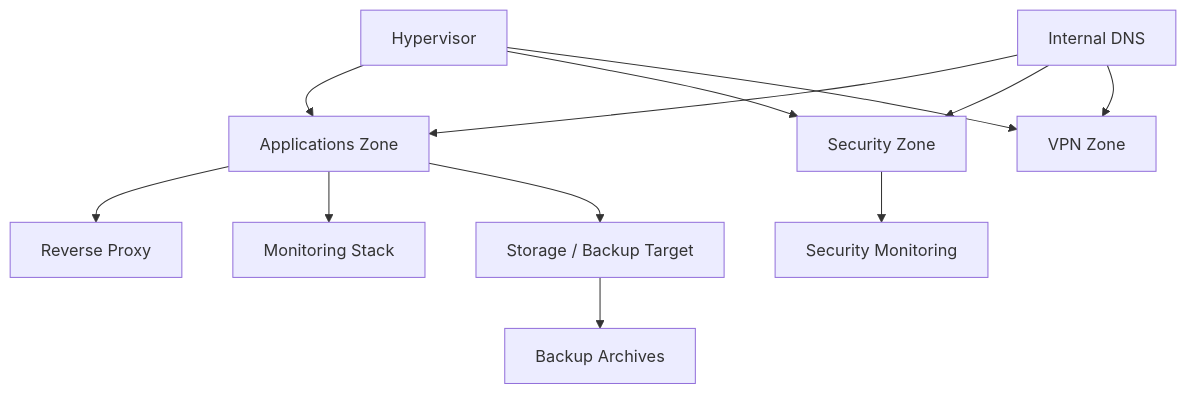
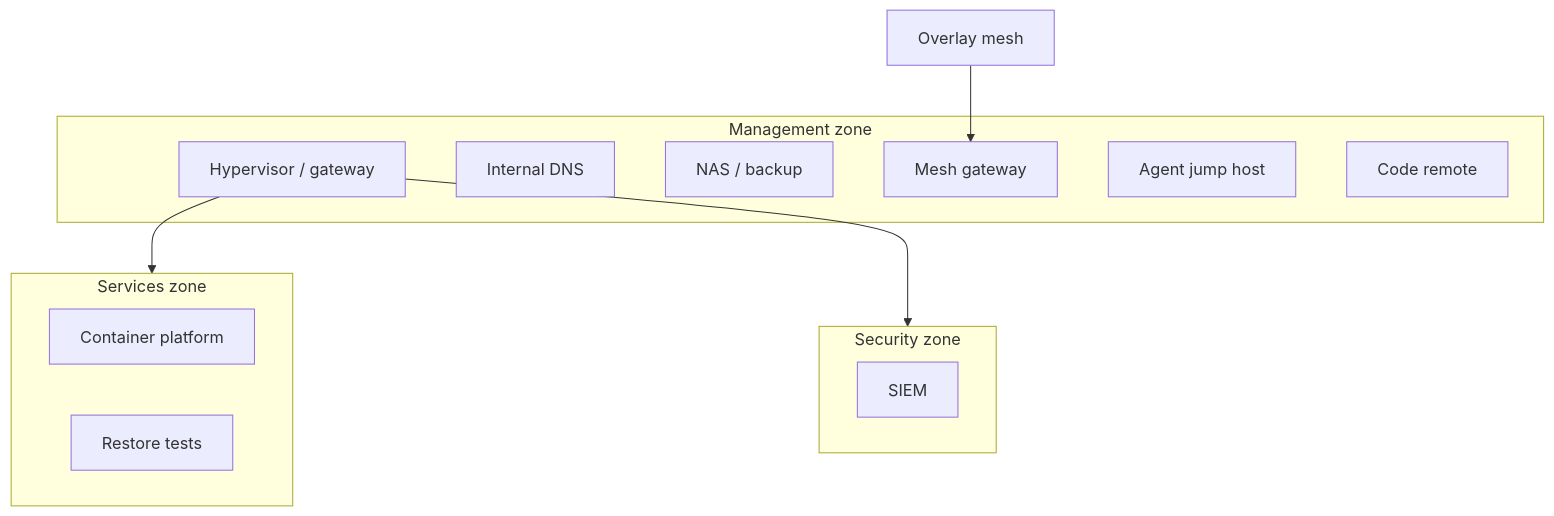
One commit to Nicolasperaltait/homelab changed the diagram in docs/en/02-architecture-and-network.md. Above: the diagram before and after it, drawn with Mermaid. The commit also changed other lines of this file and 16 other files, not shown here.

````diff
--- a/docs/en/02-architecture-and-network.md
+++ b/docs/en/02-architecture-and-network.md
@@ -66,18 +32,21 @@
 ```mermaid
-flowchart TD
-    P[Hypervisor] --> APPS[Applications Zone]
-    P --> SEC[Security Zone]
-    P --> VPN[VPN Zone]
-
-    DNS[Internal DNS] --> APPS
-    DNS --> SEC
-    DNS --> VPN
-
-    APPS --> PROXY[Reverse Proxy]
-    APPS --> MON[Monitoring Stack]
-
-    SEC --> WZ[Security Monitoring]
-
-    NAS[Storage / Backup Target] --> BKP[Backup Archives]
-    APPS --> NAS
+flowchart TB
+    subgraph ADM[Management zone]
+        HV[Hypervisor / gateway]
+        DNS[Internal DNS]
+        NAS[NAS / backup]
+        GW[Mesh gateway]
+        JMP[Agent jump host]
+        GIT[Code remote]
+    end
+    subgraph SRV[Services zone]
+        CT[Container platform]
+        DR[Restore tests]
+    end
+    subgraph SEC[Security zone]
+        SIEM[SIEM]
+    end
+    HV --> SRV
+    HV --> SEC
+    MESH[Overlay mesh] --> GW
 ```
````
